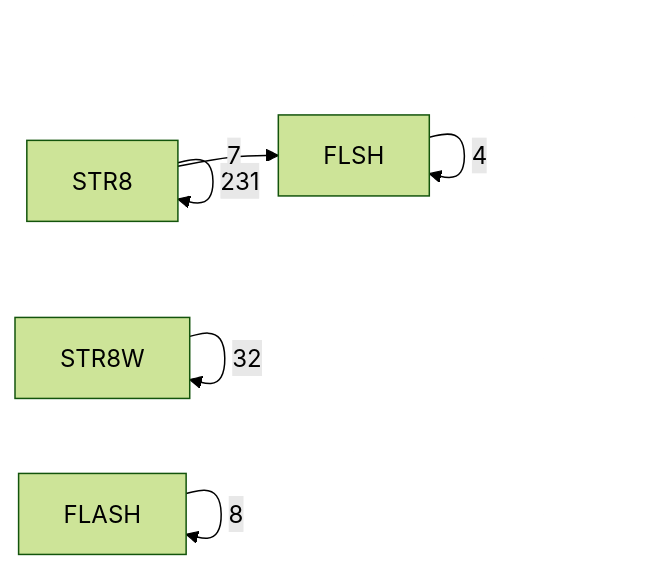
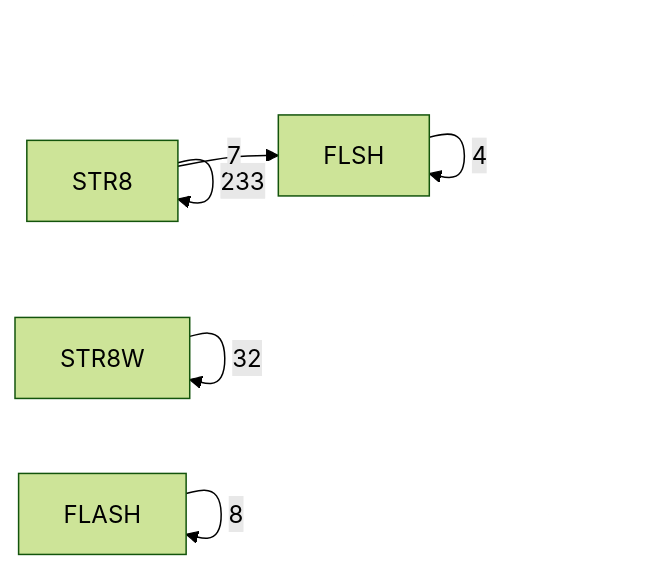
The fifth of 6 diagrams in DOC/GENERATED/ROUTINE_CLASS_DIAGRAM.md (95westus/R-YORS), drawn with Mermaid (forest theme) before and after one commit. The commit also changed other lines of this file and 42 other files, not shown here.

````diff
--- a/DOC/GENERATED/ROUTINE_CLASS_DIAGRAM.md
+++ b/DOC/GENERATED/ROUTINE_CLASS_DIAGRAM.md
@@ -78,8 +78,8 @@
 ```mermaid
 flowchart LR
-    P_STR8[STR8] -->|231| P_STR8[STR8]
+    P_STR8[STR8] -->|233| P_STR8[STR8]
     P_STR8W[STR8W] -->|32| P_STR8W[STR8W]
     P_FLASH[FLASH] -->|8| P_FLASH[FLASH]
     P_STR8[STR8] -->|7| P_FLSH[FLSH]
     P_FLSH[FLSH] -->|4| P_FLSH[FLSH]
 ```
````
